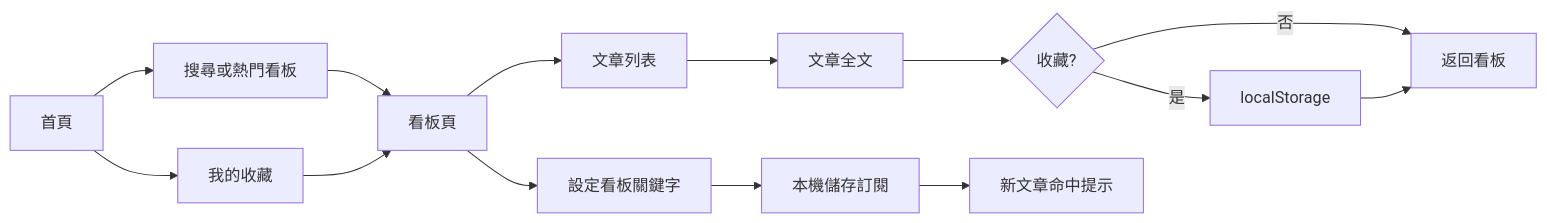
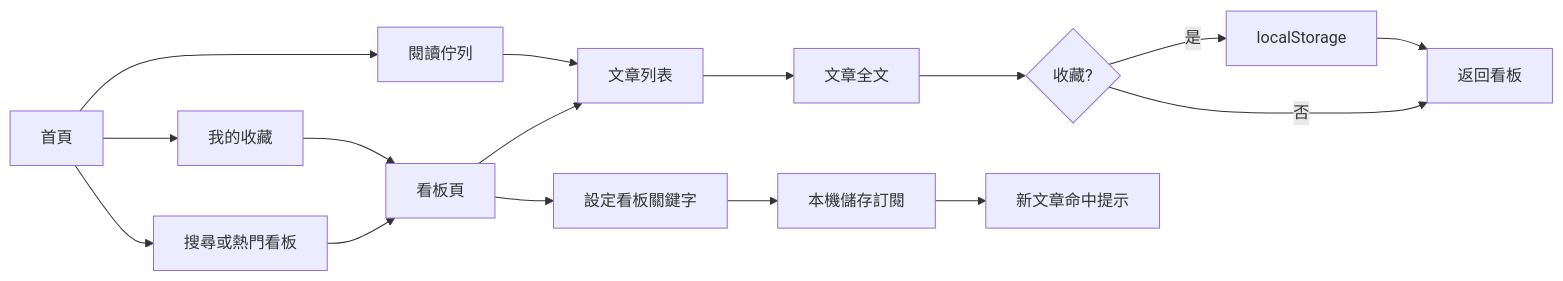
The diagram in PRD/SPEC.md (openclawsean024-create/openptt), drawn with Mermaid before and after one commit. The commit also changed other lines of this file and 27 other files, not shown here.

````diff
--- a/PRD/SPEC.md
+++ b/PRD/SPEC.md
@@ -104,16 +107,18 @@
 ```mermaid
 flowchart LR
   A[首頁] --> B[搜尋或熱門看板]
   B --> C[看板頁]
   C --> D[文章列表]
   D --> E[文章全文]
   E --> F{收藏?}
   F -->|是| G[localStorage]
   F -->|否| H[返回看板]
   G --> H
   A --> I[我的收藏]
   I --> C
   C --> J[設定看板關鍵字]
   J --> K[本機儲存訂閱]
   K --> L[新文章命中提示]
+  A --> M[閱讀佇列]
+  M --> D
 ```
````
